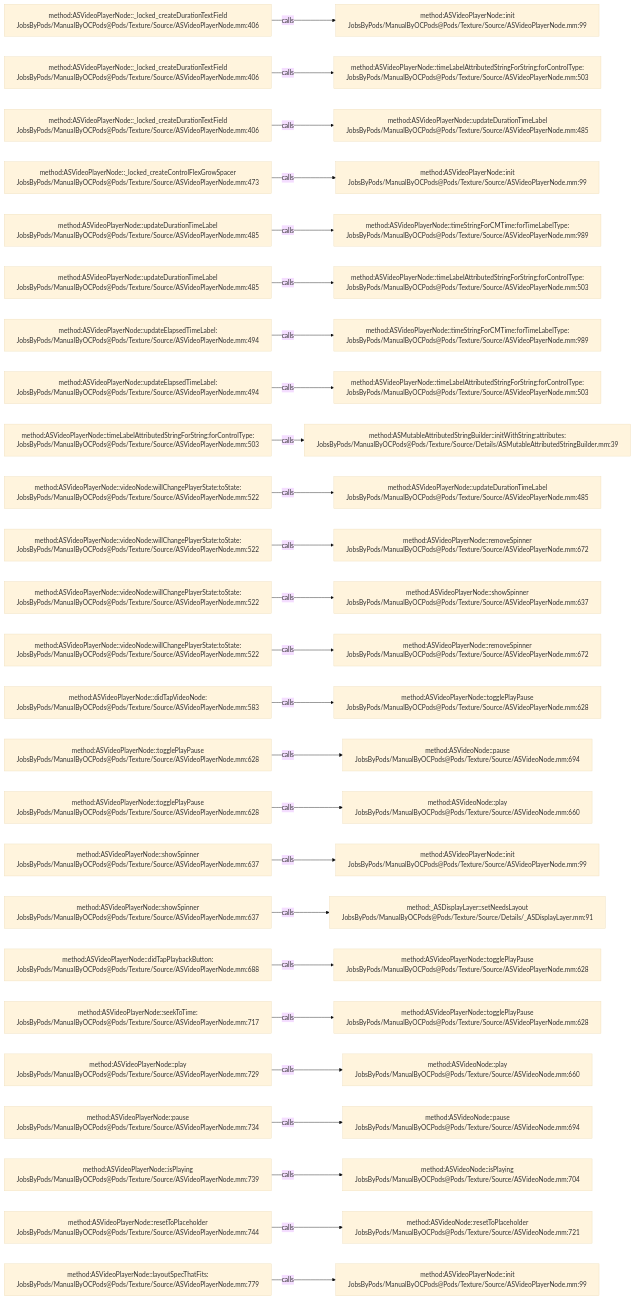
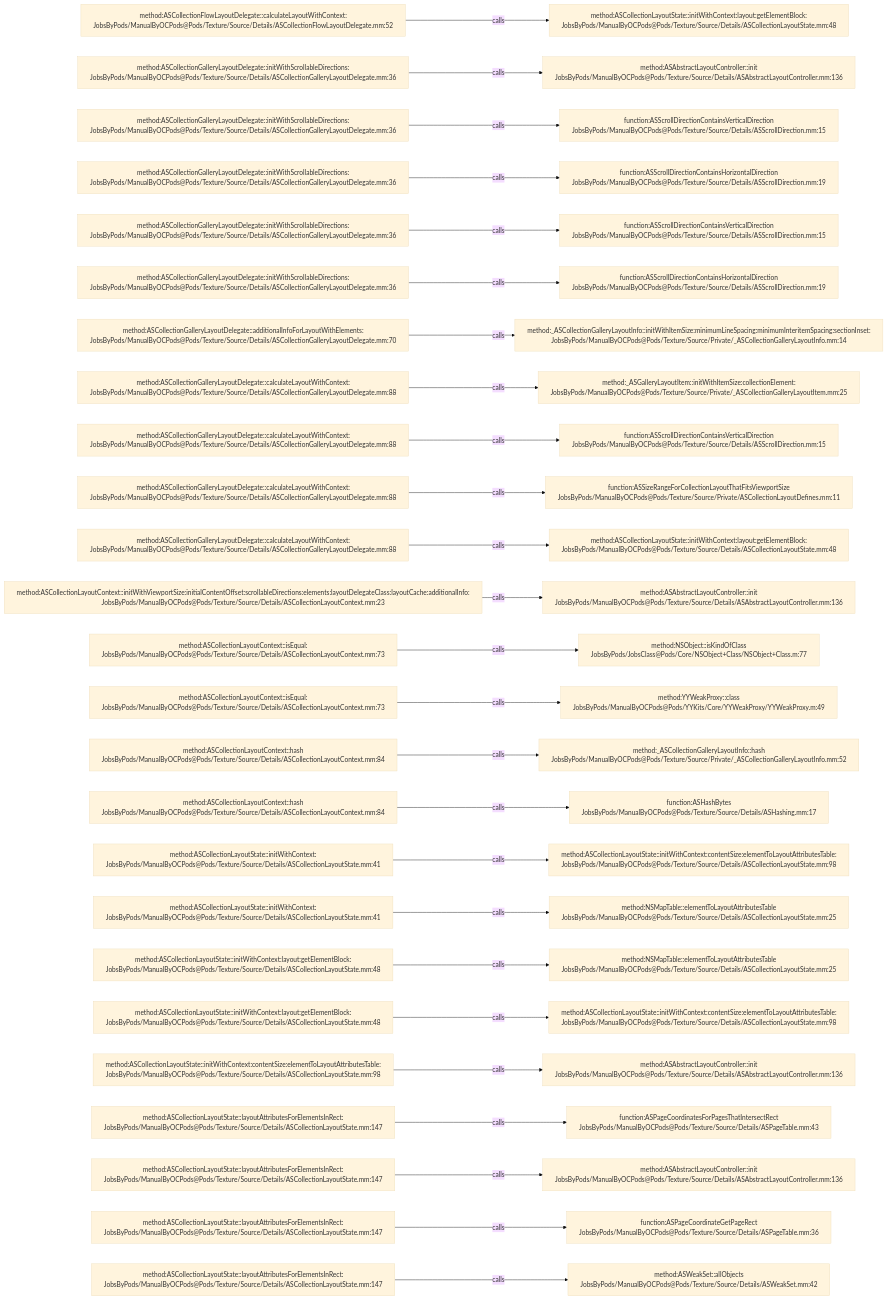
One commit to JobsKits/JobsOCBaseConfigDemo changed the diagram in .codegraph/codegraph.md/graphs/calls-154.md. Above: the diagram before and after it, drawn with Mermaid (base theme). The commit also changed 1223 other files, not shown here.

````diff
--- a/.codegraph/codegraph.md/graphs/calls-154.md
+++ b/.codegraph/codegraph.md/graphs/calls-154.md
@@ -13,78 +13,78 @@
 ```mermaid
 flowchart LR
-  S1["method:ASVideoPlayerNode::_locked_createDurationTextField<br/>JobsByPods/ManualByOCPods@Pods/Texture/Source/ASVideoPlayerNode.mm:406"]
-  T1["method:ASVideoPlayerNode::init<br/>JobsByPods/ManualByOCPods@Pods/Texture/Source/ASVideoPlayerNode.mm:99"]
+  S1["method:ASCollectionFlowLayoutDelegate::calculateLayoutWithContext:<br/>JobsByPods/ManualByOCPods@Pods/Texture/Source/Details/ASCollectionFlowLayoutDelegate.mm:52"]
+  T1["method:ASCollectionLayoutState::initWithContext:layout:getElementBlock:<br/>JobsByPods/ManualByOCPods@Pods/Texture/Source/Details/ASCollectionLayoutState.mm:48"]
   S1 -->|calls| T1
-  S2["method:ASVideoPlayerNode::_locked_createDurationTextField<br/>JobsByPods/ManualByOCPods@Pods/Texture/Source/ASVideoPlayerNode.mm:406"]
-  T2["method:ASVideoPlayerNode::timeLabelAttributedStringForString:forControlType:<br/>JobsByPods/ManualByOCPods@Pods/Texture/Source/ASVideoPlayerNode.mm:503"]
+  S2["method:ASCollectionGalleryLayoutDelegate::initWithScrollableDirections:<br/>JobsByPods/ManualByOCPods@Pods/Texture/Source/Details/ASCollectionGalleryLayoutDelegate.mm:36"]
+  T2["method:ASAbstractLayoutController::init<br/>JobsByPods/ManualByOCPods@Pods/Texture/Source/Details/ASAbstractLayoutController.mm:136"]
   S2 -->|calls| T2
-  S3["method:ASVideoPlayerNode::_locked_createDurationTextField<br/>JobsByPods/ManualByOCPods@Pods/Texture/Source/ASVideoPlayerNode.mm:406"]
-  T3["method:ASVideoPlayerNode::updateDurationTimeLabel<br/>JobsByPods/ManualByOCPods@Pods/Texture/Source/ASVideoPlayerNode.mm:485"]
+  S3["method:ASCollectionGalleryLayoutDelegate::initWithScrollableDirections:<br/>JobsByPods/ManualByOCPods@Pods/Texture/Source/Details/ASCollectionGalleryLayoutDelegate.mm:36"]
+  T3["function:ASScrollDirectionContainsVerticalDirection<br/>JobsByPods/ManualByOCPods@Pods/Texture/Source/Details/ASScrollDirection.mm:15"]
   S3 -->|calls| T3
-  S4["method:ASVideoPlayerNode::_locked_createControlFlexGrowSpacer<br/>JobsByPods/ManualByOCPods@Pods/Texture/Source/ASVideoPlayerNode.mm:473"]
-  T4["method:ASVideoPlayerNode::init<br/>JobsByPods/ManualByOCPods@Pods/Texture/Source/ASVideoPlayerNode.mm:99"]
+  S4["method:ASCollectionGalleryLayoutDelegate::initWithScrollableDirections:<br/>JobsByPods/ManualByOCPods@Pods/Texture/Source/Details/ASCollectionGalleryLayoutDelegate.mm:36"]
+  T4["function:ASScrollDirectionContainsHorizontalDirection<br/>JobsByPods/ManualByOCPods@Pods/Texture/Source/Details/ASScrollDirection.mm:19"]
   S4 -->|calls| T4
-  S5["method:ASVideoPlayerNode::updateDurationTimeLabel<br/>JobsByPods/ManualByOCPods@Pods/Texture/Source/ASVideoPlayerNode.mm:485"]
-  T5["method:ASVideoPlayerNode::timeStringForCMTime:forTimeLabelType:<br/>JobsByPods/ManualByOCPods@Pods/Texture/Source/ASVideoPlayerNode.mm:989"]
+  S5["method:ASCollectionGalleryLayoutDelegate::initWithScrollableDirections:<br/>JobsByPods/ManualByOCPods@Pods/Texture/Source/Details/ASCollectionGalleryLayoutDelegate.mm:36"]
+  T5["function:ASScrollDirectionContainsVerticalDirection<br/>JobsByPods/ManualByOCPods@Pods/Texture/Source/Details/ASScrollDirection.mm:15"]
   S5 -->|calls| T5
-  S6["method:ASVideoPlayerNode::updateDurationTimeLabel<br/>JobsByPods/ManualByOCPods@Pods/Texture/Source/ASVideoPlayerNode.mm:485"]
-  T6["method:ASVideoPlayerNode::timeLabelAttributedStringForString:forControlType:<br/>JobsByPods/ManualByOCPods@Pods/Texture/Source/ASVideoPlayerNode.mm:503"]
+  S6["method:ASCollectionGalleryLayoutDelegate::initWithScrollableDirections:<br/>JobsByPods/ManualByOCPods@Pods/Texture/Source/Details/ASCollectionGalleryLayoutDelegate.mm:36"]
+  T6["function:ASScrollDirectionContainsHorizontalDirection<br/>JobsByPods/ManualByOCPods@Pods/Texture/Source/Details/ASScrollDirection.mm:19"]
   S6 -->|calls| T6
-  S7["method:ASVideoPlayerNode::updateElapsedTimeLabel:<br/>JobsByPods/ManualByOCPods@Pods/Texture/Source/ASVideoPlayerNode.mm:494"]
-  T7["method:ASVideoPlayerNode::timeStringForCMTime:forTimeLabelType:<br/>JobsByPods/ManualByOCPods@Pods/Texture/Source/ASVideoPlayerNode.mm:989"]
+  S7["method:ASCollectionGalleryLayoutDelegate::additionalInfoForLayoutWithElements:<br/>JobsByPods/ManualByOCPods@Pods/Texture/Source/Details/ASCollectionGalleryLayoutDelegate.mm:70"]
+  T7["method:_ASCollectionGalleryLayoutInfo::initWithItemSize:minimumLineSpacing:minimumInteritemSpacing:sectionInset:<br/>JobsByPods/ManualByOCPods@Pods/Texture/Source/Private/_ASCollectionGalleryLayoutInfo.mm:14"]
   S7 -->|calls| T7
-  S8["method:ASVideoPlayerNode::updateElapsedTimeLabel:<br/>JobsByPods/ManualByOCPods@Pods/Texture/Source/ASVideoPlayerNode.mm:494"]
-  T8["method:ASVideoPlayerNode::timeLabelAttributedStringForString:forControlType:<br/>JobsByPods/ManualByOCPods@Pods/Texture/Source/ASVideoPlayerNode.mm:503"]
+  S8["method:ASCollectionGalleryLayoutDelegate::calculateLayoutWithContext:<br/>JobsByPods/ManualByOCPods@Pods/Texture/Source/Details/ASCollectionGalleryLayoutDelegate.mm:88"]
+  T8["method:_ASGalleryLayoutItem::initWithItemSize:collectionElement:<br/>JobsByPods/ManualByOCPods@Pods/Texture/Source/Private/_ASCollectionGalleryLayoutItem.mm:25"]
   S8 -->|calls| T8
-  S9["method:ASVideoPlayerNode::timeLabelAttributedStringForString:forControlType:<br/>JobsByPods/ManualByOCPods@Pods/Texture/Source/ASVideoPlayerNode.mm:503"]
-  T9["method:ASMutableAttributedStringBuilder::initWithString:attributes:<br/>JobsByPods/ManualByOCPods@Pods/Texture/Source/Details/ASMutableAttributedStringBuilder.mm:39"]
+  S9["method:ASCollectionGalleryLayoutDelegate::calculateLayoutWithContext:<br/>JobsByPods/ManualByOCPods@Pods/Texture/Source/Details/ASCollectionGalleryLayoutDelegate.mm:88"]
+  T9["function:ASScrollDirectionContainsVerticalDirection<br/>JobsByPods/ManualByOCPods@Pods/Texture/Source/Details/ASScrollDirection.mm:15"]
   S9 -->|calls| T9
-  S10["method:ASVideoPlayerNode::videoNode:willChangePlayerState:toState:<br/>JobsByPods/ManualByOCPods@Pods/Texture/Source/ASVideoPlayerNode.mm:522"]
-  T10["method:ASVideoPlayerNode::updateDurationTimeLabel<br/>JobsByPods/ManualByOCPods@Pods/Texture/Source/ASVideoPlayerNode.mm:485"]
+  S10["method:ASCollectionGalleryLayoutDelegate::calculateLayoutWithContext:<br/>JobsByPods/ManualByOCPods@Pods/Texture/Source/Details/ASCollectionGalleryLayoutDelegate.mm:88"]
+  T10["function:ASSizeRangeForCollectionLayoutThatFitsViewportSize<br/>JobsByPods/ManualByOCPods@Pods/Texture/Source/Private/ASCollectionLayoutDefines.mm:11"]
   S10 -->|calls| T10
-  S11["method:ASVideoPlayerNode::videoNode:willChangePlayerState:toState:<br/>JobsByPods/ManualByOCPods@Pods/Texture/Source/ASVideoPlayerNode.mm:522"]
-  T11["method:ASVideoPlayerNode::removeSpinner<br/>JobsByPods/ManualByOCPods@Pods/Texture/Source/ASVideoPlayerNode.mm:672"]
+  S11["method:ASCollectionGalleryLayoutDelegate::calculateLayoutWithContext:<br/>JobsByPods/ManualByOCPods@Pods/Texture/Source/Details/ASCollectionGalleryLayoutDelegate.mm:88"]
+  T11["method:ASCollectionLayoutState::initWithContext:layout:getElementBlock:<br/>JobsByPods/ManualByOCPods@Pods/Texture/Source/Details/ASCollectionLayoutState.mm:48"]
   S11 -->|calls| T11
-  S12["method:ASVideoPlayerNode::videoNode:willChangePlayerState:toState:<br/>JobsByPods/ManualByOCPods@Pods/Texture/Source/ASVideoPlayerNode.mm:522"]
-  T12["method:ASVideoPlayerNode::showSpinner<br/>JobsByPods/ManualByOCPods@Pods/Texture/Source/ASVideoPlayerNode.mm:637"]
+  S12["method:ASCollectionLayoutContext::initWithViewportSize:initialContentOffset:scrollableDirections:elements:layoutDelegateClass:layoutCache:additionalInfo:<br/>JobsByPods/ManualByOCPods@Pods/Texture/Source/Details/ASCollectionLayoutContext.mm:23"]
+  T12["method:ASAbstractLayoutController::init<br/>JobsByPods/ManualByOCPods@Pods/Texture/Source/Details/ASAbstractLayoutController.mm:136"]
   S12 -->|calls| T12
-  S13["method:ASVideoPlayerNode::videoNode:willChangePlayerState:toState:<br/>JobsByPods/ManualByOCPods@Pods/Texture/Source/ASVideoPlayerNode.mm:522"]
-  T13["method:ASVideoPlayerNode::removeSpinner<br/>JobsByPods/ManualByOCPods@Pods/Texture/Source/ASVideoPlayerNode.mm:672"]
+  S13["method:ASCollectionLayoutContext::isEqual:<br/>JobsByPods/ManualByOCPods@Pods/Texture/Source/Details/ASCollectionLayoutContext.mm:73"]
+  T13["method:NSObject::isKindOfClass<br/>JobsByPods/JobsClass@Pods/Core/NSObject+Class/NSObject+Class.m:77"]
   S13 -->|calls| T13
-  S14["method:ASVideoPlayerNode::didTapVideoNode:<br/>JobsByPods/ManualByOCPods@Pods/Texture/Source/ASVideoPlayerNode.mm:583"]
-  T14["method:ASVideoPlayerNode::togglePlayPause<br/>JobsByPods/ManualByOCPods@Pods/Texture/Source/ASVideoPlayerNode.mm:628"]
+  S14["method:ASCollectionLayoutContext::isEqual:<br/>JobsByPods/ManualByOCPods@Pods/Texture/Source/Details/ASCollectionLayoutContext.mm:73"]
+  T14["method:YYWeakProxy::class<br/>JobsByPods/ManualByOCPods@Pods/YYKits/Core/YYWeakProxy/YYWeakProxy.m:49"]
   S14 -->|calls| T14
-  S15["method:ASVideoPlayerNode::togglePlayPause<br/>JobsByPods/ManualByOCPods@Pods/Texture/Source/ASVideoPlayerNode.mm:628"]
-  T15["method:ASVideoNode::pause<br/>JobsByPods/ManualByOCPods@Pods/Texture/Source/ASVideoNode.mm:694"]
+  S15["method:ASCollectionLayoutContext::hash<br/>JobsByPods/ManualByOCPods@Pods/Texture/Source/Details/ASCollectionLayoutContext.mm:84"]
+  T15["method:_ASCollectionGalleryLayoutInfo::hash<br/>JobsByPods/ManualByOCPods@Pods/Texture/Source/Private/_ASCollectionGalleryLayoutInfo.mm:52"]
   S15 -->|calls| T15
-  S16["method:ASVideoPlayerNode::togglePlayPause<br/>JobsByPods/ManualByOCPods@Pods/Texture/Source/ASVideoPlayerNode.mm:628"]
-  T16["method:ASVideoNode::play<br/>JobsByPods/ManualByOCPods@Pods/Texture/Source/ASVideoNode.mm:660"]
+  S16["method:ASCollectionLayoutContext::hash<br/>JobsByPods/ManualByOCPods@Pods/Texture/Source/Details/ASCollectionLayoutContext.mm:84"]
+  T16["function:ASHashBytes<br/>JobsByPods/ManualByOCPods@Pods/Texture/Source/Details/ASHashing.mm:17"]
   S16 -->|calls| T16
-  S17["method:ASVideoPlayerNode::showSpinner<br/>JobsByPods/ManualByOCPods@Pods/Texture/Source/ASVideoPlayerNode.mm:637"]
-  T17["method:ASVideoPlayerNode::init<br/>JobsByPods/ManualByOCPods@Pods/Texture/Source/ASVideoPlayerNode.mm:99"]
+  S17["method:ASCollectionLayoutState::initWithContext:<br/>JobsByPods/ManualByOCPods@Pods/Texture/Source/Details/ASCollectionLayoutState.mm:41"]
+  T17["method:ASCollectionLayoutState::initWithContext:contentSize:elementToLayoutAttributesTable:<br/>JobsByPods/ManualByOCPods@Pods/Texture/Source/Details/ASCollectionLayoutState.mm:98"]
   S17 -->|calls| T17
-  S18["method:ASVideoPlayerNode::showSpinner<br/>JobsByPods/ManualByOCPods@Pods/Texture/Source/ASVideoPlayerNode.mm:637"]
-  T18["method:_ASDisplayLayer::setNeedsLayout<br/>JobsByPods/ManualByOCPods@Pods/Texture/Source/Details/_ASDisplayLayer.mm:91"]
+  S18["method:ASCollectionLayoutState::initWithContext:<br/>JobsByPods/ManualByOCPods@Pods/Texture/Source/Details/ASCollectionLayoutState.mm:41"]
+  T18["method:NSMapTable::elementToLayoutAttributesTable<br/>JobsByPods/ManualByOCPods@Pods/Texture/Source/Details/ASCollectionLayoutState.mm:25"]
   S18 -->|calls| T18
-  S19["method:ASVideoPlayerNode::didTapPlaybackButton:<br/>JobsByPods/ManualByOCPods@Pods/Texture/Source/ASVideoPlayerNode.mm:688"]
-  T19["method:ASVideoPlayerNode::togglePlayPause<br/>JobsByPods/ManualByOCPods@Pods/Texture/Source/ASVideoPlayerNode.mm:628"]
+  S19["method:ASCollectionLayoutState::initWithContext:layout:getElementBlock:<br/>JobsByPods/ManualByOCPods@Pods/Texture/Source/Details/ASCollectionLayoutState.mm:48"]
+  T19["method:NSMapTable::elementToLayoutAttributesTable<br/>JobsByPods/ManualByOCPods@Pods/Texture/Source/Details/ASCollectionLayoutState.mm:25"]
   S19 -->|calls| T19
-  S20["method:ASVideoPlayerNode::seekToTime:<br/>JobsByPods/ManualByOCPods@Pods/Texture/Source/ASVideoPlayerNode.mm:717"]
-  T20["method:ASVideoPlayerNode::togglePlayPause<br/>JobsByPods/ManualByOCPods@Pods/Texture/Source/ASVideoPlayerNode.mm:628"]
+  S20["method:ASCollectionLayoutState::initWithContext:layout:getElementBlock:<br/>JobsByPods/ManualByOCPods@Pods/Texture/Source/Details/ASCollectionLayoutState.mm:48"]
+  T20["method:ASCollectionLayoutState::initWithContext:contentSize:elementToLayoutAttributesTable:<br/>JobsByPods/ManualByOCPods@Pods/Texture/Source/Details/ASCollectionLayoutState.mm:98"]
   S20 -->|calls| T20
-  S21["method:ASVideoPlayerNode::play<br/>JobsByPods/ManualByOCPods@Pods/Texture/Source/ASVideoPlayerNode.mm:729"]
-  T21["method:ASVideoNode::play<br/>JobsByPods/ManualByOCPods@Pods/Texture/Source/ASVideoNode.mm:660"]
+  S21["method:ASCollectionLayoutState::initWithContext:contentSize:elementToLayoutAttributesTable:<br/>JobsByPods/ManualByOCPods@Pods/Texture/Source/Details/ASCollectionLayoutState.mm:98"]
+  T21["method:ASAbstractLayoutController::init<br/>JobsByPods/ManualByOCPods@Pods/Texture/Source/Details/ASAbstractLayoutController.mm:136"]
   S21 -->|calls| T21
-  S22["method:ASVideoPlayerNode::pause<br/>JobsByPods/ManualByOCPods@Pods/Texture/Source/ASVideoPlayerNode.mm:734"]
-  T22["method:ASVideoNode::pause<br/>JobsByPods/ManualByOCPods@Pods/Texture/Source/ASVideoNode.mm:694"]
+  S22["method:ASCollectionLayoutState::layoutAttributesForElementsInRect:<br/>JobsByPods/ManualByOCPods@Pods/Texture/Source/Details/ASCollectionLayoutState.mm:147"]
+  T22["function:ASPageCoordinatesForPagesThatIntersectRect<br/>JobsByPods/ManualByOCPods@Pods/Texture/Source/Details/ASPageTable.mm:43"]
   S22 -->|calls| T22
-  S23["method:ASVideoPlayerNode::isPlaying<br/>JobsByPods/ManualByOCPods@Pods/Texture/Source/ASVideoPlayerNode.mm:739"]
-  T23["method:ASVideoNode::isPlaying<br/>JobsByPods/ManualByOCPods@Pods/Texture/Source/ASVideoNode.mm:704"]
+  S23["method:ASCollectionLayoutState::layoutAttributesForElementsInRect:<br/>JobsByPods/ManualByOCPods@Pods/Texture/Source/Details/ASCollectionLayoutState.mm:147"]
+  T23["method:ASAbstractLayoutController::init<br/>JobsByPods/ManualByOCPods@Pods/Texture/Source/Details/ASAbstractLayoutController.mm:136"]
   S23 -->|calls| T23
-  S24["method:ASVideoPlayerNode::resetToPlaceholder<br/>JobsByPods/ManualByOCPods@Pods/Texture/Source/ASVideoPlayerNode.mm:744"]
-  T24["method:ASVideoNode::resetToPlaceholder<br/>JobsByPods/ManualByOCPods@Pods/Texture/Source/ASVideoNode.mm:721"]
+  S24["method:ASCollectionLayoutState::layoutAttributesForElementsInRect:<br/>JobsByPods/ManualByOCPods@Pods/Texture/Source/Details/ASCollectionLayoutState.mm:147"]
+  T24["function:ASPageCoordinateGetPageRect<br/>JobsByPods/ManualByOCPods@Pods/Texture/Source/Details/ASPageTable.mm:36"]
   S24 -->|calls| T24
-  S25["method:ASVideoPlayerNode::layoutSpecThatFits:<br/>JobsByPods/ManualByOCPods@Pods/Texture/Source/ASVideoPlayerNode.mm:779"]
-  T25["method:ASVideoPlayerNode::init<br/>JobsByPods/ManualByOCPods@Pods/Texture/Source/ASVideoPlayerNode.mm:99"]
+  S25["method:ASCollectionLayoutState::layoutAttributesForElementsInRect:<br/>JobsByPods/ManualByOCPods@Pods/Texture/Source/Details/ASCollectionLayoutState.mm:147"]
+  T25["method:ASWeakSet::allObjects<br/>JobsByPods/ManualByOCPods@Pods/Texture/Source/Details/ASWeakSet.mm:42"]
   S25 -->|calls| T25
 ```
````
